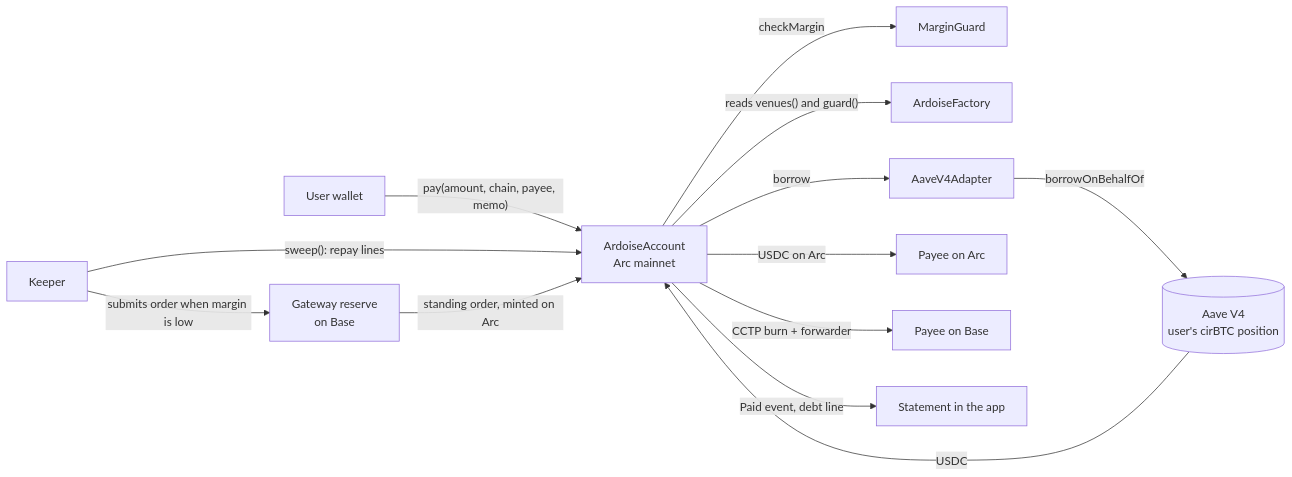
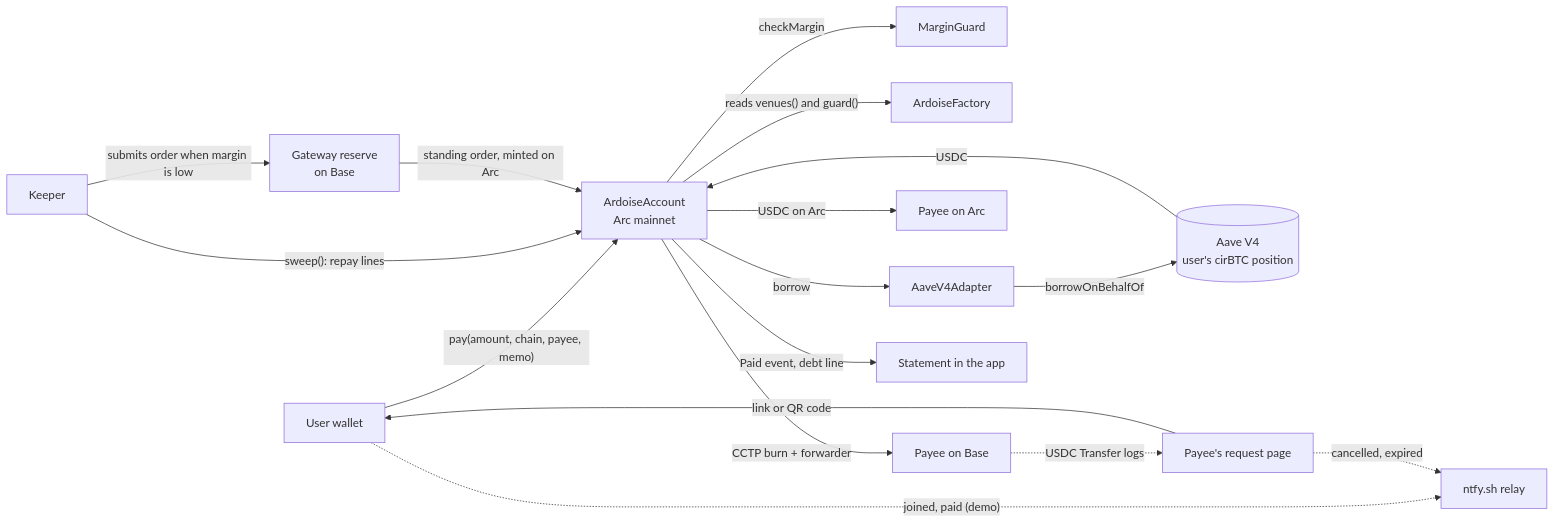
The diagram in README.md (enzoblain/Ardoise), drawn with Mermaid before and after one commit. The commit also changed other lines of this file and 11 other files, not shown here.

````diff
--- a/README.md
+++ b/README.md
@@ -55,15 +55,19 @@
 ```mermaid
 flowchart LR
   W[User wallet] -->|"pay(amount, chain, payee, memo)"| A[ArdoiseAccount<br/>Arc mainnet]
   A -->|checkMargin| G[MarginGuard]
   A -->|"reads venues() and guard()"| F[ArdoiseFactory]
   A -->|borrow| AD[AaveV4Adapter]
   AD -->|"borrowOnBehalfOf"| AV[("Aave V4<br/>user's cirBTC position")]
   AV -->|USDC| A
   A -->|USDC on Arc| P1[Payee on Arc]
   A -->|"CCTP burn + forwarder"| P2[Payee on Base]
   A -->|"Paid event, debt line"| S[Statement in the app]
   K[Keeper] -->|"sweep(): repay lines"| A
   GW[Gateway reserve<br/>on Base] -->|"standing order, minted on Arc"| A
   K -->|submits order when margin is low| GW
+  R[Payee's request page] -->|link or QR code| W
+  W -.->|"joined, paid (demo)"| N[ntfy.sh relay]
+  R -.->|"cancelled, expired"| N
+  P2 -.->|"USDC Transfer logs"| R
 ```
````
